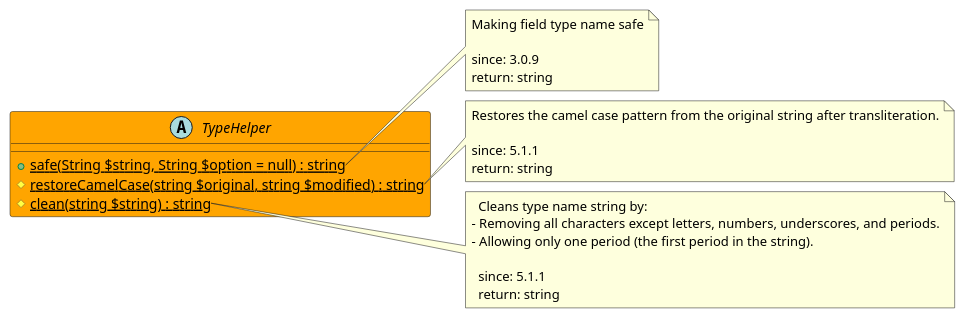
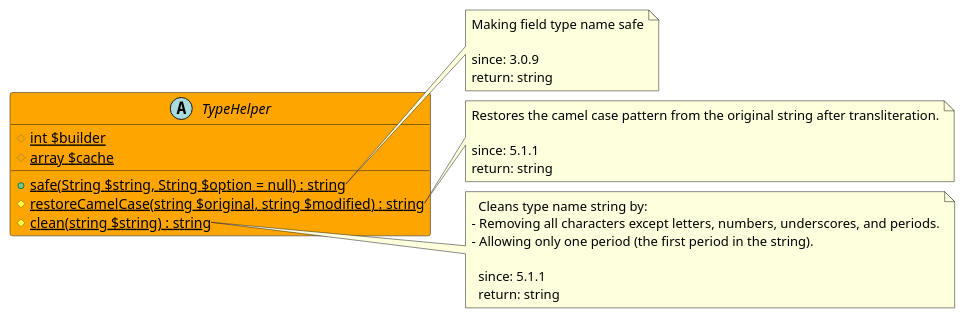
The diagram in src/a8935cbe-7701-40dc-bfd5-675f2d600954/README.md (joomengine/super-powers), drawn with PlantUML before and after one commit. The commit also changed other lines of this file, not shown here.

Commit message:
Update String Type Helper readme file

````diff
--- a/src/a8935cbe-7701-40dc-bfd5-675f2d600954/README.md
+++ b/src/a8935cbe-7701-40dc-bfd5-675f2d600954/README.md
@@ -5,34 +5,36 @@
 ```uml
 @startuml
 
 abstract TypeHelper  #Orange {
+  # {static} int $builder
+  # {static} array $cache
   + {static} safe(String $string, String $option = null) : string
   # {static} restoreCamelCase(string $original, string $modified) : string
   # {static} clean(string $string) : string
 }
 
 note right of TypeHelper::safe
   Making field type name safe
 
   since: 3.0.9
   return: string
 end note
 
 note right of TypeHelper::restoreCamelCase
   Restores the camel case pattern from the original string after transliteration.
 
   since: 5.1.1
   return: string
 end note
 
 note right of TypeHelper::clean
   Cleans type name string by:
 - Removing all characters except letters, numbers, underscores, and periods.
 - Allowing only one period (the first period in the string).
 
   since: 5.1.1
   return: string
 end note
 
 @enduml
 ```
````
